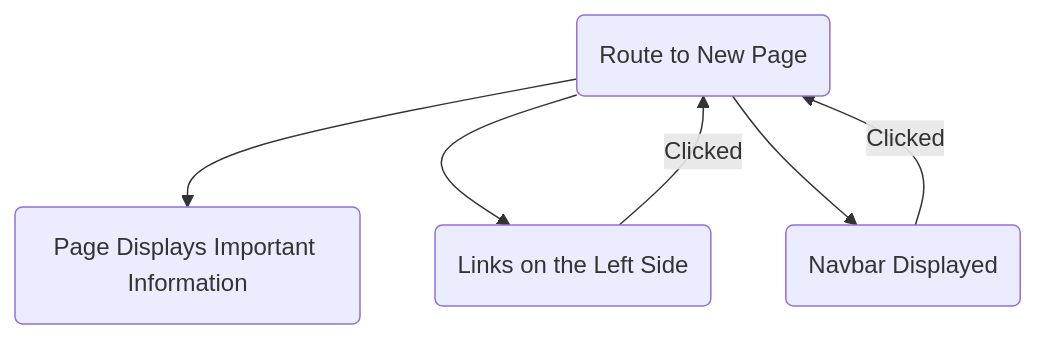
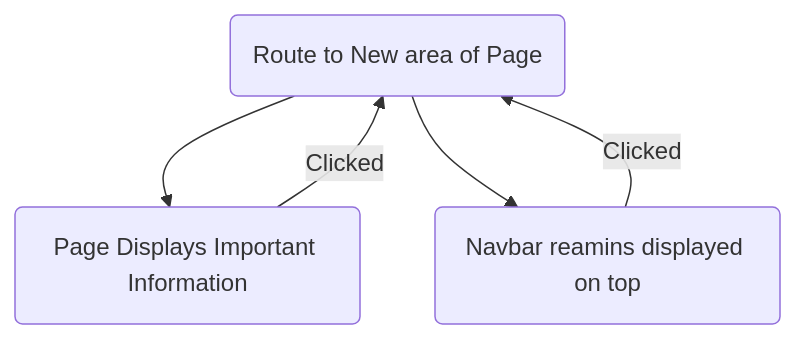
Before and after one commit to sam-wyche/wyche-senior-design: the second of 3 diagrams in Design_Diagrams/Assignment4.md, drawn with Mermaid. The commit also changed other lines of this file, not shown here.

````diff
--- a/Design_Diagrams/Assignment4.md
+++ b/Design_Diagrams/Assignment4.md
@@ -25,8 +20,7 @@
 ```mermaid
 flowchart TD;
-  A(Route to New Page)-->B(Page Displays Important Information)
-  A-->C(Links on the Left Side)
-  A-->D(Navbar Displayed)
+  A(Route to New area of Page)-->B(Page Displays Important Information)
+  A-->C(Navbar reamins displayed on top)
+  B-- Clicked -->A
   C-- Clicked -->A
-  D-- Clicked -->A
 ```
````
